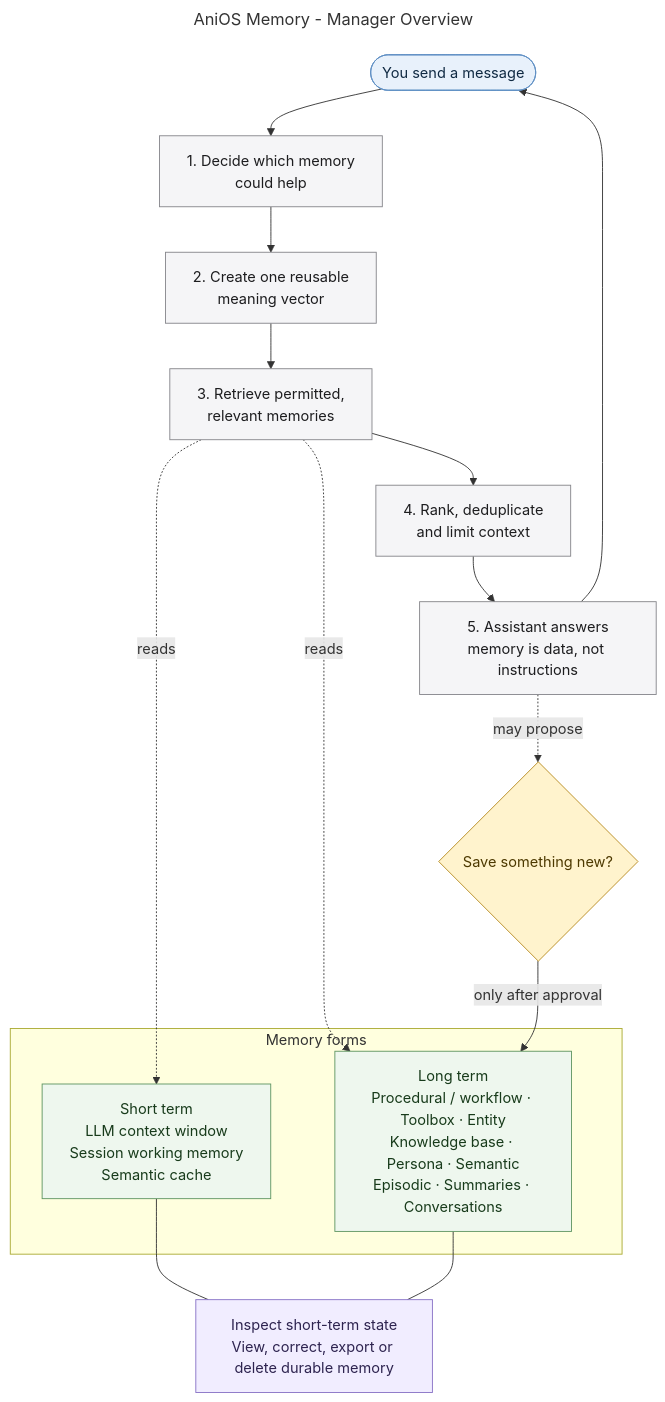
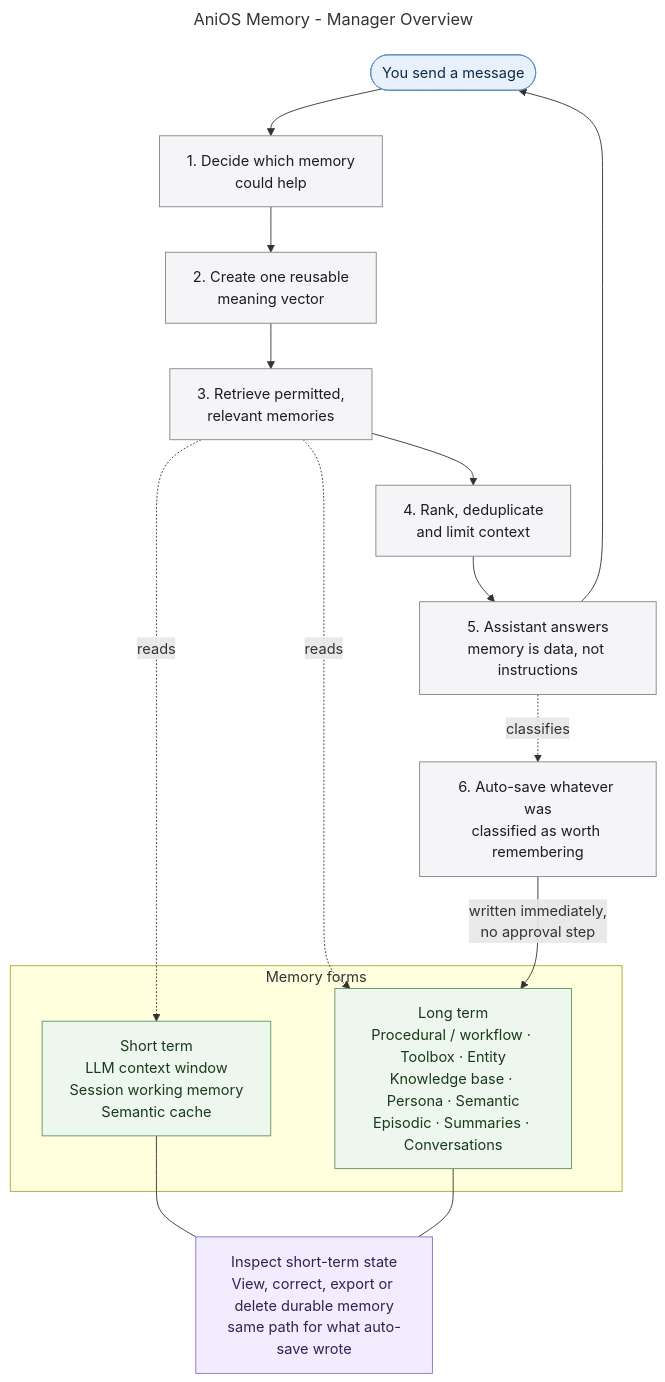
One commit to MallyaAni/PersonalAssistant changed the diagram in docs/diagrams/memory-overview.mmd. Above: the diagram before and after it, drawn with Mermaid. The commit also changed 39 other files, not shown here.

```diff
--- a/docs/diagrams/memory-overview.mmd
+++ b/docs/diagrams/memory-overview.mmd
@@ -1,36 +1,34 @@
 ---
 title: AniOS Memory - Manager Overview
 ---
 flowchart TB
     User([You send a message])
     User --> Route[1. Decide which memory<br/>could help]
     Route --> Understand[2. Create one reusable<br/>meaning vector]
     Understand --> Retrieve[3. Retrieve permitted,<br/>relevant memories]
     Retrieve --> Curate[4. Rank, deduplicate<br/>and limit context]
     Curate --> Answer[5. Assistant answers<br/>memory is data, not instructions]
     Answer --> User
 
     subgraph Forms[Memory forms]
         Short[Short term<br/>LLM context window<br/>Session working memory<br/>Semantic cache]
         Long[Long term<br/>Procedural / workflow · Toolbox · Entity<br/>Knowledge base · Persona · Semantic<br/>Episodic · Summaries · Conversations]
     end
     Retrieve -. reads .-> Short
     Retrieve -. reads .-> Long
 
-    Answer -. may propose .-> Consent{Save something new?}
-    Consent -->|only after approval| Long
+    Answer -. classifies .-> Save[6. Auto-save whatever was<br/>classified as worth remembering]
+    Save -->|written immediately,<br/>no approval step| Long
 
-    Control[Inspect short-term state<br/>View, correct, export or delete durable memory]
+    Control[Inspect short-term state<br/>View, correct, export or delete durable memory<br/>same path for what auto-save wrote]
     Short --- Control
     Long --- Control
 
     classDef person fill:#e8f1fb,stroke:#5e8fc4,color:#102a43;
     classDef step fill:#f5f5f7,stroke:#86868b,color:#1d1d1f;
-    classDef gate fill:#fff3cd,stroke:#b78b20,color:#4d3900;
     classDef store fill:#eef7ee,stroke:#5f9562,color:#183b1b;
     classDef note fill:#f1edff,stroke:#8872c6,color:#2e2450;
     class User person;
-    class Route,Understand,Retrieve,Curate,Answer step;
-    class Consent gate;
+    class Route,Understand,Retrieve,Curate,Answer,Save step;
     class Short,Long store;
     class Control note;
```
